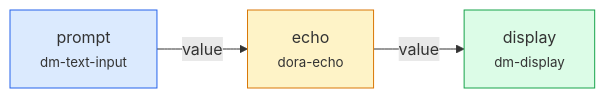
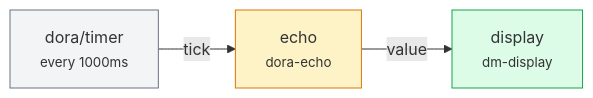
The second of 3 diagrams in wiki/zh/en/02-quickstart.md (l1veIn/dora-manager), drawn with Mermaid before and after one commit. The commit also changed other lines of this file and 99 other files, not shown here.

````diff
--- a/wiki/zh/en/02-quickstart.md
+++ b/wiki/zh/en/02-quickstart.md
@@ -178,9 +143,9 @@
 ```mermaid
 flowchart LR
-    A["prompt<br/><small>dm-text-input</small>"] -->|"value"| B["echo<br/><small>dora-echo</small>"]
-    B -->|"value"| C["display<br/><small>dm-display</small>"]
-    
-    style A fill:#dbeafe,stroke:#2563eb
-    style B fill:#fef3c7,stroke:#d97706
-    style C fill:#dcfce7,stroke:#16a34a
+    T["dora/timer<br/><small>every 1000ms</small>"] -->|"tick"| E["echo<br/><small>dora-echo</small>"]
+    E -->|"value"| D["display<br/><small>dm-display</small>"]
+
+    style T fill:#f3f4f6,stroke:#6b7280
+    style E fill:#fef3c7,stroke:#d97706
+    style D fill:#dcfce7,stroke:#16a34a
 ```
````
